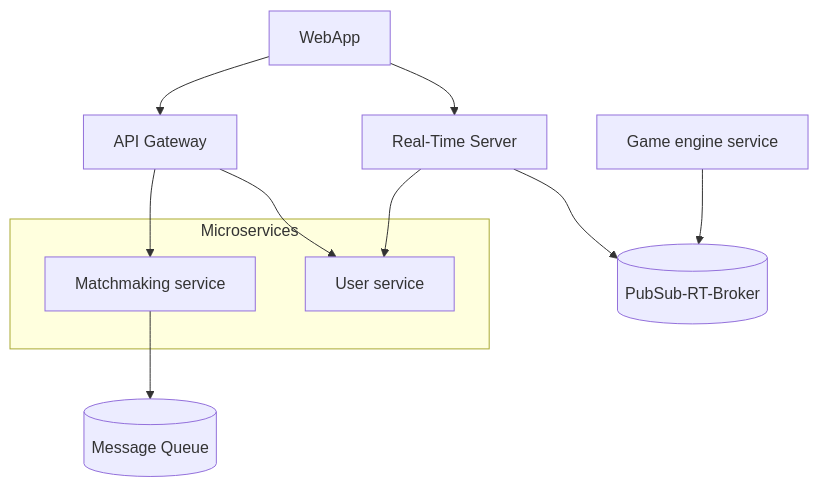
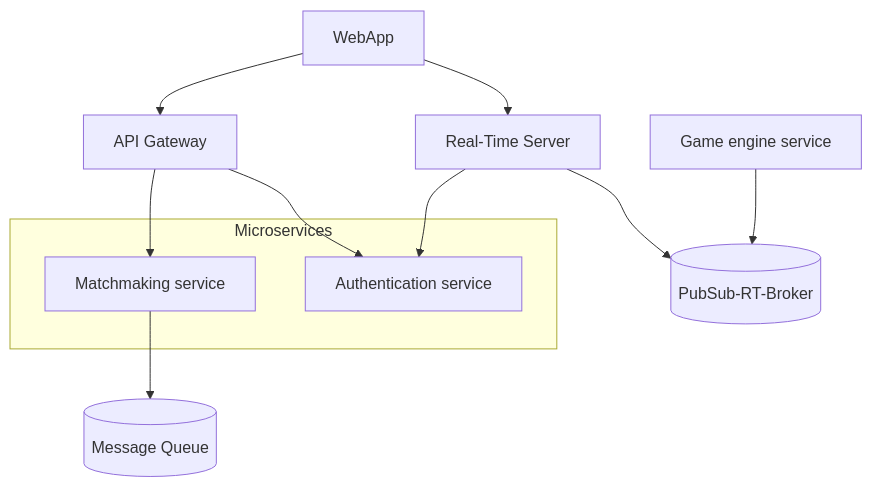
One commit to unal-lssa/lssa2025i changed the diagram in project/delivery_1/team4/README.md. Above: the diagram before and after it, drawn with Mermaid. The commit also changed other lines of this file, not shown here.

````diff
--- a/project/delivery_1/team4/README.md
+++ b/project/delivery_1/team4/README.md
@@ -87,28 +118,28 @@
 ```mermaid
 graph
 	CL[WebApp]
     GW[API Gateway]
     RTS[Real-Time Server]
 
     subgraph Microservices
 		MS[Matchmaking service]
-		US[User service]
+		US[Authentication service]
 	end
 
     GS[Game engine service]
 
     Broker1[(PubSub-RT-Broker)]
     Queue1[(Message Queue)]
 
     CL --> GW
     CL --> RTS
     GW --> US
     RTS --> US
     GW --> MS
 
     MS --> Queue1
 
     RTS --> Broker1
     GS --> Broker1
 
 ```
````
